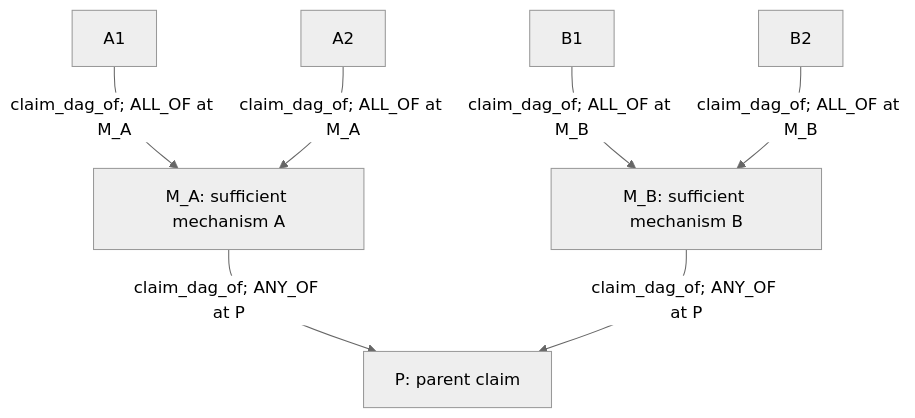
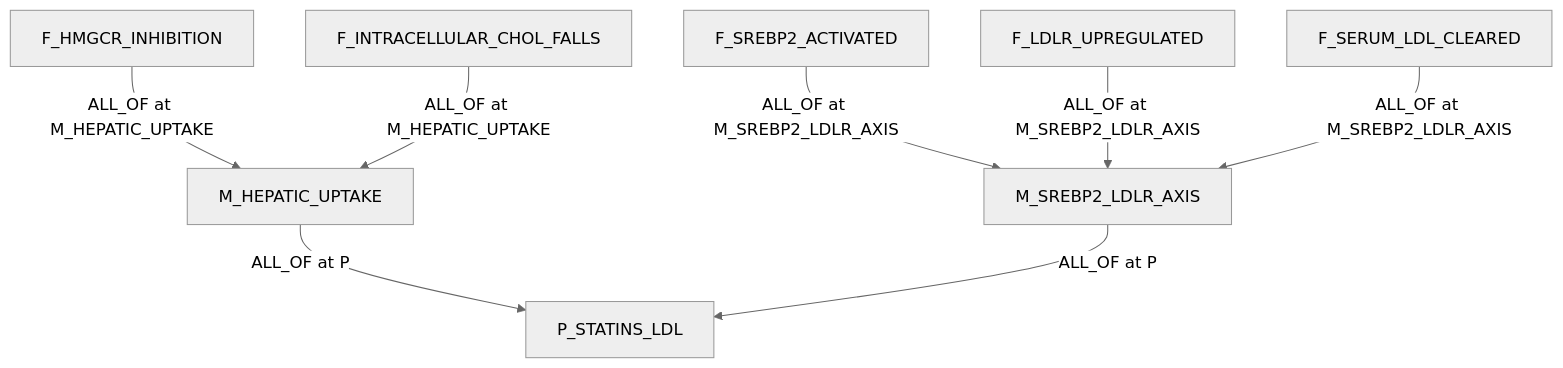
The third of 7 diagrams in CLAIM_OBJECT_MECHANISM_DAG_EXAMPLES.md (eliannaqk/bioKG), drawn with Mermaid (neutral theme) before and after one commit. The commit also changed other lines of this file and 9 other files, not shown here.

Commit message:
Define claim decomposition DAG architecture

````diff
--- a/CLAIM_OBJECT_MECHANISM_DAG_EXAMPLES.md
+++ b/CLAIM_OBJECT_MECHANISM_DAG_EXAMPLES.md
@@ -192,17 +206,19 @@
 ```mermaid
 flowchart TD
-  P["P: parent claim"]
-  MA["M_A: sufficient mechanism A"]
-  MB["M_B: sufficient mechanism B"]
-  A1["A1"]
-  A2["A2"]
-  B1["B1"]
-  B2["B2"]
+  P["P_STATINS_LDL"]
+  M1["M_HEPATIC_UPTAKE"]
+  M2["M_SREBP2_LDLR_AXIS"]
+  F1["F_HMGCR_INHIBITION"]
+  F2["F_INTRACELLULAR_CHOL_FALLS"]
+  F3["F_SREBP2_ACTIVATED"]
+  F4["F_LDLR_UPREGULATED"]
+  F5["F_SERUM_LDL_CLEARED"]
 
-  MA -- "claim_dag_of; ANY_OF at P" --> P
-  MB -- "claim_dag_of; ANY_OF at P" --> P
-  A1 -- "claim_dag_of; ALL_OF at M_A" --> MA
-  A2 -- "claim_dag_of; ALL_OF at M_A" --> MA
-  B1 -- "claim_dag_of; ALL_OF at M_B" --> MB
-  B2 -- "claim_dag_of; ALL_OF at M_B" --> MB
+  M1 -- "ALL_OF at P" --> P
+  M2 -- "ALL_OF at P" --> P
+  F1 -- "ALL_OF at M_HEPATIC_UPTAKE" --> M1
+  F2 -- "ALL_OF at M_HEPATIC_UPTAKE" --> M1
+  F3 -- "ALL_OF at M_SREBP2_LDLR_AXIS" --> M2
+  F4 -- "ALL_OF at M_SREBP2_LDLR_AXIS" --> M2
+  F5 -- "ALL_OF at M_SREBP2_LDLR_AXIS" --> M2
 ```
````
